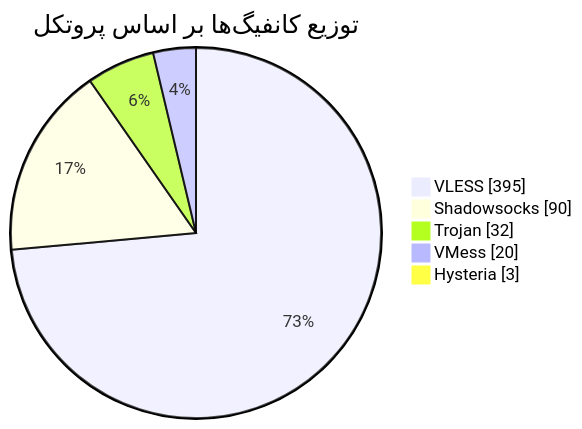
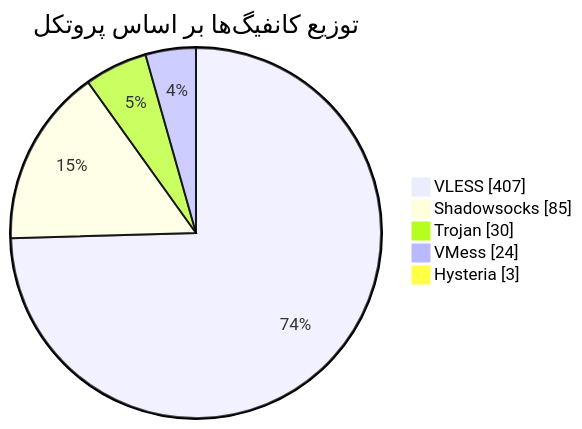
One commit to Arian-Alijani/Somthing changed the diagram in README.md. Above: the diagram before and after it, drawn with Mermaid. The commit also changed other lines of this file and 81 other files, not shown here.

````diff
--- a/README.md
+++ b/README.md
@@ -47,9 +47,9 @@
 ```mermaid
 pie showData
     title توزیع کانفیگ‌ها بر اساس پروتکل
-    "VLESS" : 395
-    "Shadowsocks" : 90
-    "Trojan" : 32
-    "VMess" : 20
+    "VLESS" : 407
+    "Shadowsocks" : 85
+    "Trojan" : 30
+    "VMess" : 24
     "Hysteria" : 3
 ```
````
